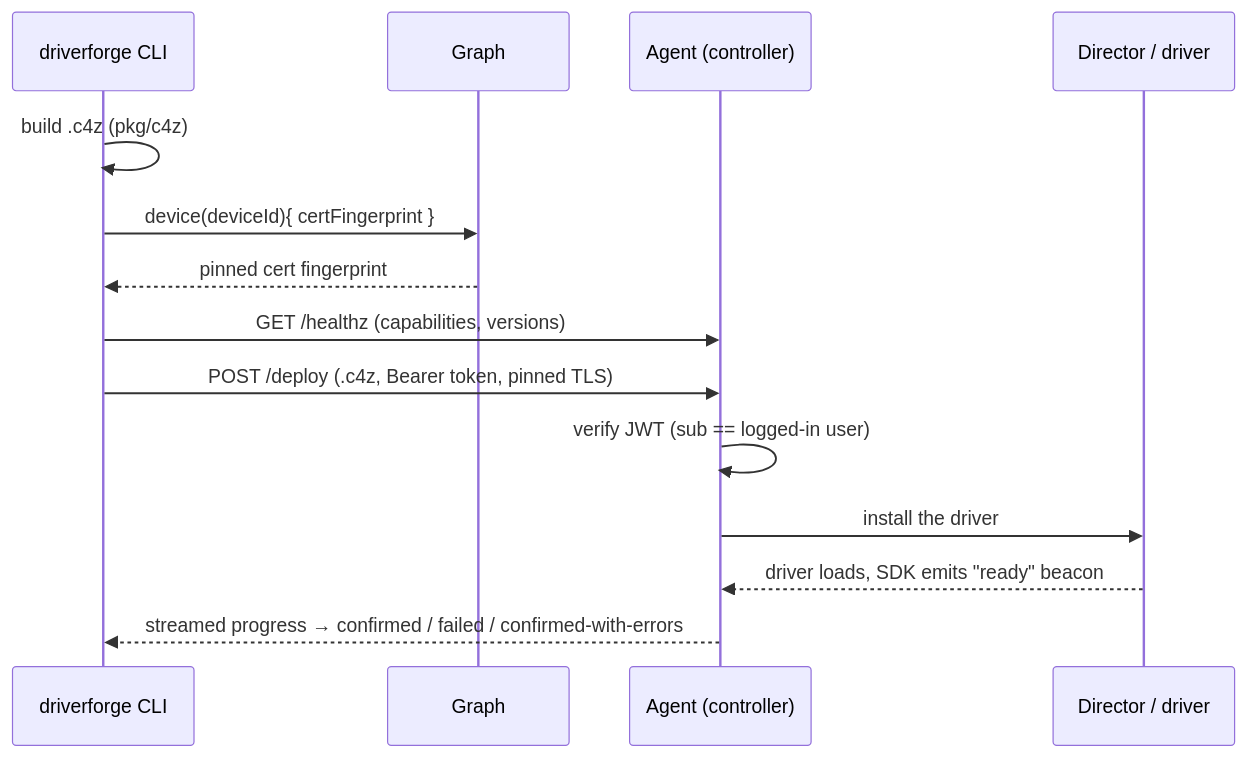
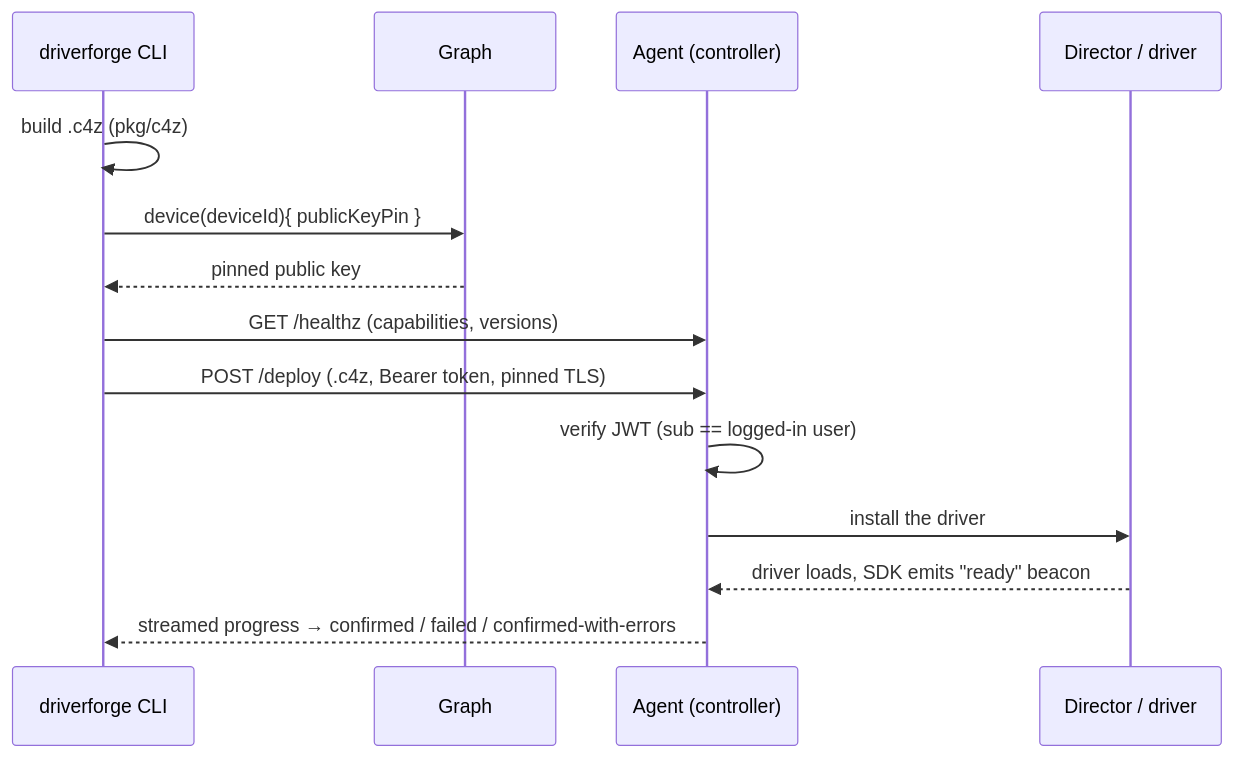
The third of 6 diagrams in docs/architecture.md (driverforge/cli), drawn with Mermaid before and after one commit. The commit also changed other lines of this file and 11 other files, not shown here.

Commit message:
feat: pin the agent's public key instead of its certificate

````diff
--- a/docs/architecture.md
+++ b/docs/architecture.md
@@ -280,17 +282,17 @@
 ```mermaid
 sequenceDiagram
   participant CLI as driverforge CLI
   participant G as Graph
   participant A as Agent (controller)
   participant D as Director / driver
 
   CLI->>CLI: build .c4z (pkg/c4z)
-  CLI->>G: device(deviceId){ certFingerprint }
-  G-->>CLI: pinned cert fingerprint
+  CLI->>G: device(deviceId){ publicKeyPin }
+  G-->>CLI: pinned public key
   CLI->>A: GET /healthz (capabilities, versions)
   CLI->>A: POST /deploy (.c4z, Bearer token, pinned TLS)
   A->>A: verify JWT (sub == logged-in user)
   A->>D: install the driver
   D-->>A: driver loads, SDK emits "ready" beacon
   A-->>CLI: streamed progress → confirmed / failed / confirmed-with-errors
 ```
````
